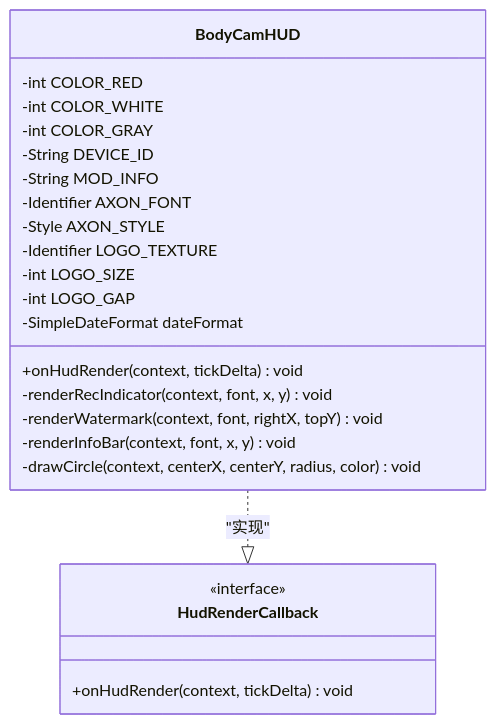
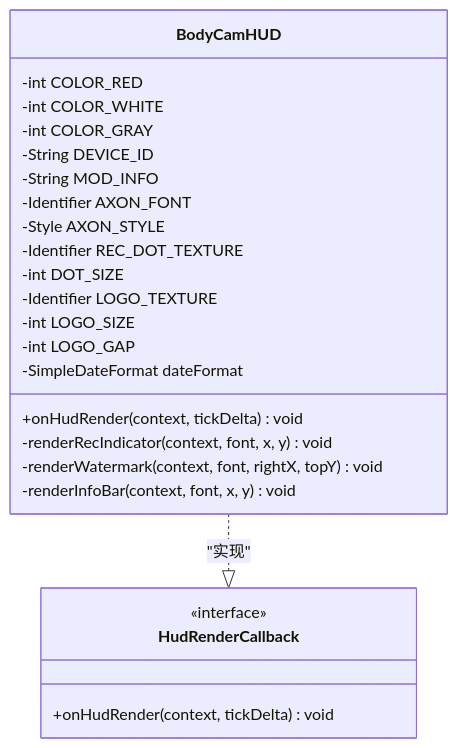
The second of 10 diagrams in .qoder/repowiki/zh/content/核心功能/HUD渲染系统.md (Manager20211/AxonBodyCam2), drawn with Mermaid before and after one commit. The commit also changed other lines of this file and 11 other files, not shown here.

````diff
--- a/.qoder/repowiki/zh/content/核心功能/HUD渲染系统.md
+++ b/.qoder/repowiki/zh/content/核心功能/HUD渲染系统.md
@@ -72,26 +83,27 @@
 ```mermaid
 classDiagram
 class BodyCamHUD {
 -int COLOR_RED
 -int COLOR_WHITE
 -int COLOR_GRAY
 -String DEVICE_ID
 -String MOD_INFO
 -Identifier AXON_FONT
 -Style AXON_STYLE
+-Identifier REC_DOT_TEXTURE
+-int DOT_SIZE
 -Identifier LOGO_TEXTURE
 -int LOGO_SIZE
 -int LOGO_GAP
 -SimpleDateFormat dateFormat
 +onHudRender(context, tickDelta) void
 -renderRecIndicator(context, font, x, y) void
 -renderWatermark(context, font, rightX, topY) void
 -renderInfoBar(context, font, x, y) void
--drawCircle(context, centerX, centerY, radius, color) void
 }
 class HudRenderCallback {
 <<interface>>
 +onHudRender(context, tickDelta) void
 }
 BodyCamHUD ..|> HudRenderCallback : "实现"
 ```
````
